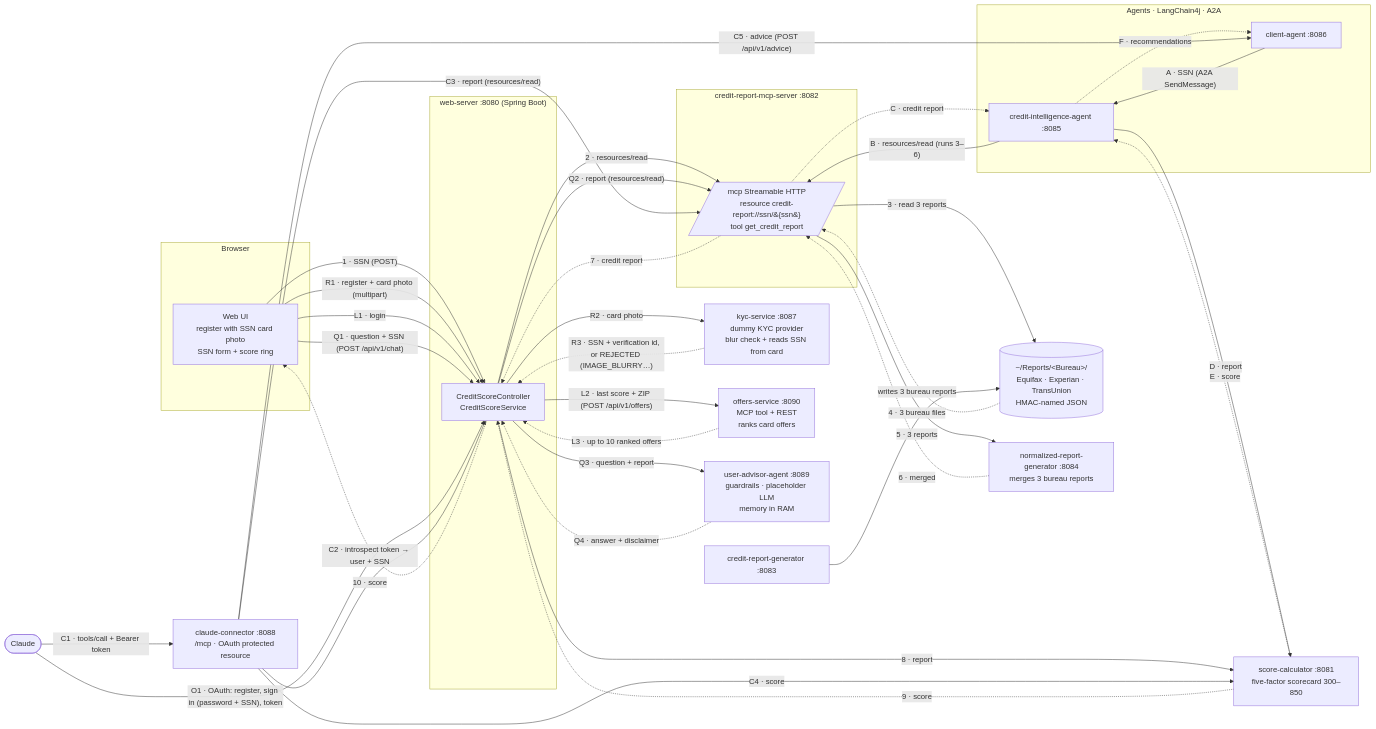
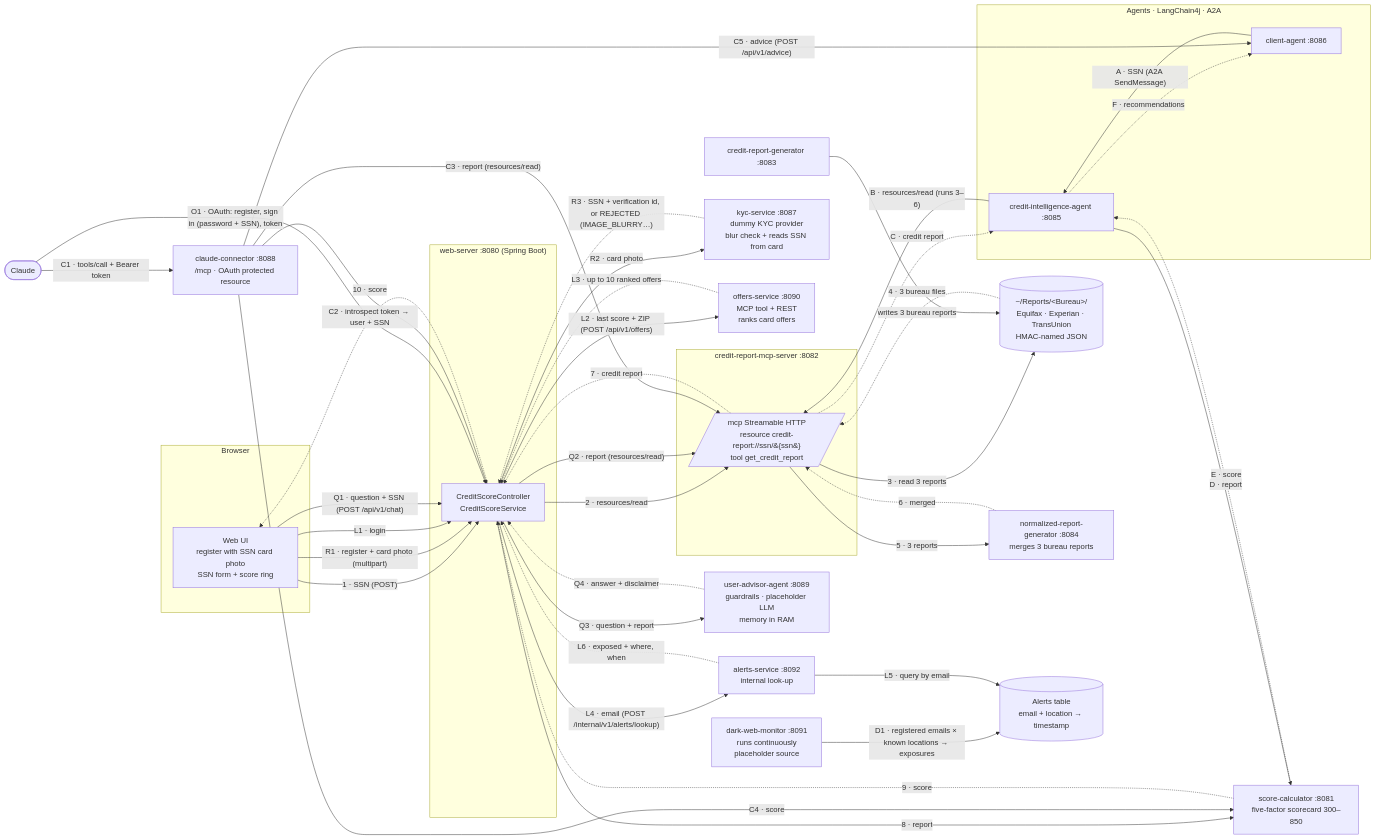
The first of 6 diagrams in docs/architecture.md (manojkhanwalkar/creditagent), drawn with Mermaid before and after one commit. The commit also changed other lines of this file and 61 other files, not shown here.

First line of the commit message:
Add dark-web alerts: monitor, Alerts table, alerts service, login banner (#19)

````diff
--- a/docs/architecture.md
+++ b/docs/architecture.md
@@ -5,59 +5,66 @@
 ```mermaid
 flowchart LR
     subgraph Browser
         UI[Web UI<br/>register with SSN card photo<br/>SSN form + score ring]
     end
     subgraph Web["web-server :8080 (Spring Boot)"]
         WS[CreditScoreController<br/>CreditScoreService]
     end
     subgraph MCP["credit-report-mcp-server :8082"]
         M[/mcp Streamable HTTP<br/>resource credit-report://ssn/&#123;ssn&#125;<br/>tool get_credit_report/]
     end
     FS[(~/Reports/&lt;Bureau&gt;/<br/>Equifax · Experian · TransUnion<br/>HMAC-named JSON)]
     NRG[normalized-report-generator :8084<br/>merges 3 bureau reports]
     GEN[credit-report-generator :8083]
     SC[score-calculator :8081<br/>five-factor scorecard 300–850]
     KYC[kyc-service :8087<br/>dummy KYC provider<br/>blur check + reads SSN from card]
     subgraph Agents["Agents · LangChain4j · A2A"]
         CA[client-agent :8086]
         CIA[credit-intelligence-agent :8085]
     end
     OFS[offers-service :8090<br/>MCP tool + REST<br/>ranks card offers]
+    DWM[dark-web-monitor :8091<br/>runs continuously<br/>placeholder source]
+    AT[(Alerts table<br/>email + location → timestamp)]
+    ALS[alerts-service :8092<br/>internal look-up]
     UAA[user-advisor-agent :8089<br/>guardrails · placeholder LLM<br/>memory in RAM]
     CL([Claude])
     CC[claude-connector :8088<br/>/mcp · OAuth protected resource]
 
     UI -- "1 · SSN (POST)" --> WS
     WS -- "2 · resources/read" --> M
     M -- "3 · read 3 reports" --> FS
     FS -. "4 · 3 bureau files" .-> M
     M -- "5 · 3 reports" --> NRG
     NRG -. "6 · merged" .-> M
     M -. "7 · credit report" .-> WS
     WS -- "8 · report" --> SC
     SC -. "9 · score" .-> WS
     WS -. "10 · score" .-> UI
     GEN -- "writes 3 bureau reports" --> FS
     UI -- "R1 · register + card photo (multipart)" --> WS
     WS -- "R2 · card photo" --> KYC
     KYC -. "R3 · SSN + verification id, or REJECTED (IMAGE_BLURRY…)" .-> WS
     CA -- "A · SSN (A2A SendMessage)" --> CIA
     CIA -- "B · resources/read (runs 3–6)" --> M
     M -. "C · credit report" .-> CIA
     CIA -- "D · report" --> SC
     SC -. "E · score" .-> CIA
     CIA -. "F · recommendations" .-> CA
     UI -- "L1 · login" --> WS
     WS -- "L2 · last score + ZIP (POST /api/v1/offers)" --> OFS
     OFS -. "L3 · up to 10 ranked offers" .-> WS
+    DWM -- "D1 · registered emails × known locations → exposures" --> AT
+    WS -- "L4 · email (POST /internal/v1/alerts/lookup)" --> ALS
+    ALS -- "L5 · query by email" --> AT
+    ALS -. "L6 · exposed + where, when" .-> WS
     UI -- "Q1 · question + SSN (POST /api/v1/chat)" --> WS
     WS -- "Q2 · report (resources/read)" --> M
     WS -- "Q3 · question + report" --> UAA
     UAA -. "Q4 · answer + disclaimer" .-> WS
     CL -- "O1 · OAuth: register, sign in (password + SSN), token" --> WS
     CL -- "C1 · tools/call + Bearer token" --> CC
     CC -- "C2 · introspect token → user + SSN" --> WS
     CC -- "C3 · report (resources/read)" --> M
     CC -- "C4 · score" --> SC
     CC -- "C5 · advice (POST /api/v1/advice)" --> CA
 ```
````
